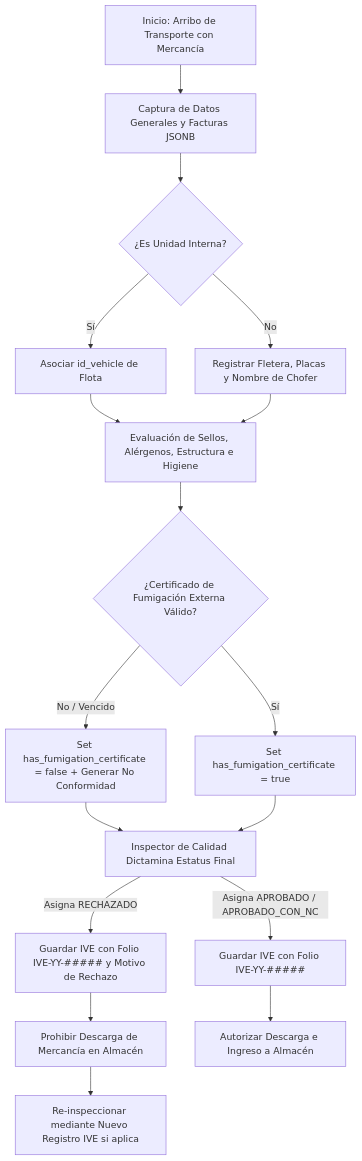
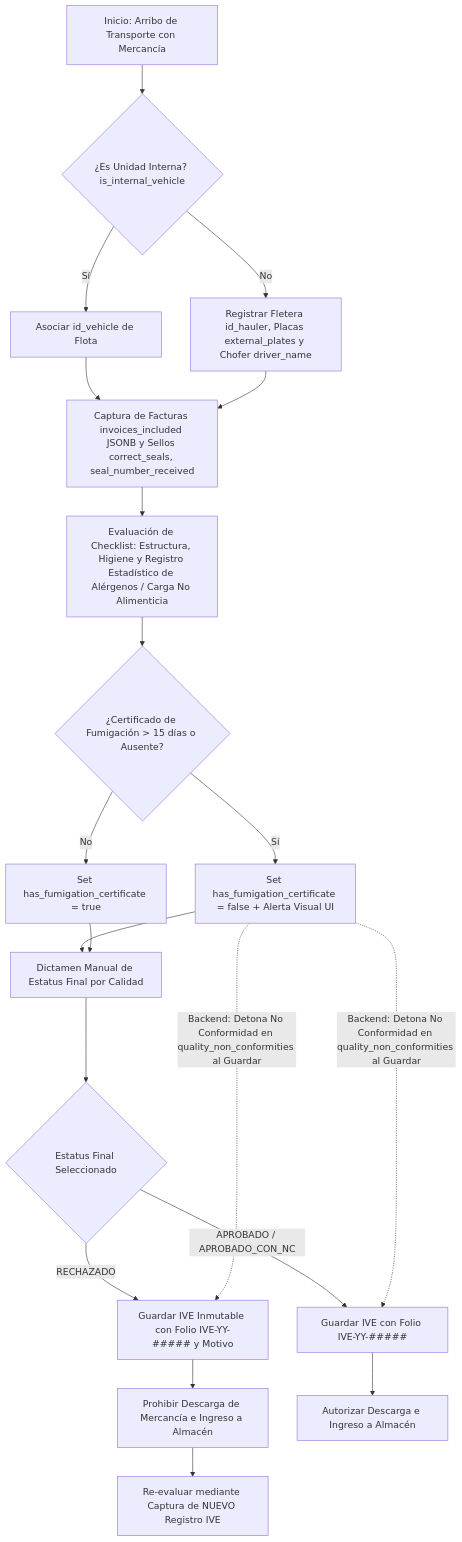
Before and after one commit to Automatizacion-KPC/KoonolApp: the second of 2 diagrams in docs/modules/vehicle_inspection.md, drawn with Mermaid. The commit also changed other lines of this file, not shown here.

Commit message:
docs(vhi/docs): actualizar BR-VHI-05 y diagramas de flujo para incluir disparadores al modulo qnc [chore]

````diff
--- a/docs/modules/vehicle_inspection.md
+++ b/docs/modules/vehicle_inspection.md
@@ -152,24 +172,31 @@
 ```mermaid
 graph TD
-    A1[Inicio: Arribo de Transporte con Mercancía] --> B1[Captura de Datos Generales y Facturas JSONB]
-    B1 --> C1{¿Es Unidad Interna?}
-    C1 -- Sí --> D1[Asociar id_vehicle de Flota]
-    C1 -- No --> E1[Registrar Fletera, Placas y Nombre de Chofer]
+    A1[Inicio: Arribo de Transporte con Mercancía] --> B1{¿Es Unidad Interna? is_internal_vehicle}
 
-    D1 --> F1[Evaluación de Sellos, Alérgenos, Estructura e Higiene]
-    E1 --> F1
+    B1 -- Sí --> C1[Asociar id_vehicle de Flota]
+    B1 -- No --> D1[Registrar Fletera id_hauler, Placas external_plates y Chofer driver_name]
 
-    F1 --> G1{¿Certificado de Fumigación Externa Válido?}
-    G1 -- No / Vencido --> H1[Set has_fumigation_certificate = false + Generar No Conformidad]
-    G1 -- Sí --> I1[Set has_fumigation_certificate = true]
+    C1 --> E1[Captura de Facturas invoices_included JSONB y Sellos correct_seals, seal_number_received]
+    D1 --> E1
 
-    H1 --> J1[Inspector de Calidad Dictamina Estatus Final]
+    E1 --> F1[Evaluación de Checklist: Estructura, Higiene y Registro Estadístico de Alérgenos / Carga No Alimenticia]
+    F1 --> G1{¿Certificado de Fumigación > 15 días o Ausente?}
+
+    G1 -- Sí --> H1[Set has_fumigation_certificate = false + Alerta Visual UI]
+    G1 -- No --> I1[Set has_fumigation_certificate = true]
+
+    H1 --> J1[Dictamen Manual de Estatus Final por Calidad]
     I1 --> J1
 
-    J1 -- Asigna RECHAZADO --> K1[Guardar IVE con Folio IVE-YY-##### y Motivo de Rechazo]
-    K1 --> L1[Prohibir Descarga de Mercancía en Almacén]
-    L1 --> M1[Re-inspeccionar mediante Nuevo Registro IVE si aplica]
+    J1 --> K1{Estatus Final Seleccionado}
 
-    J1 -- Asigna APROBADO / APROBADO_CON_NC --> N1[Guardar IVE con Folio IVE-YY-#####]
-    N1 --> O1[Autorizar Descarga e Ingreso a Almacén]
+    K1 -- RECHAZADO --> L1[Guardar IVE Inmutable con Folio IVE-YY-##### y Motivo]
+    L1 --> M1[Prohibir Descarga de Mercancía e Ingreso a Almacén]
+    M1 --> N1[Re-evaluar mediante Captura de NUEVO Registro IVE]
+
+    K1 -- APROBADO / APROBADO_CON_NC --> O1[Guardar IVE con Folio IVE-YY-#####]
+    O1 --> P1[Autorizar Descarga e Ingreso a Almacén]
+
+    H1 -. Backend: Detona No Conformidad en quality_non_conformities al Guardar .-> L1
+    H1 -. Backend: Detona No Conformidad en quality_non_conformities al Guardar .-> O1
 ```
````
